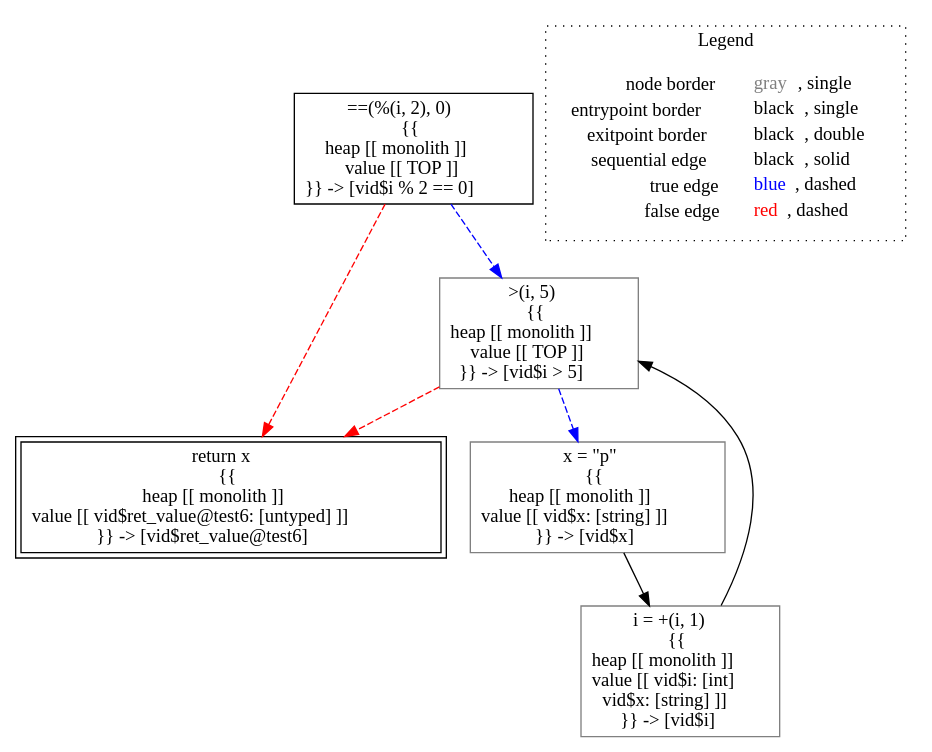
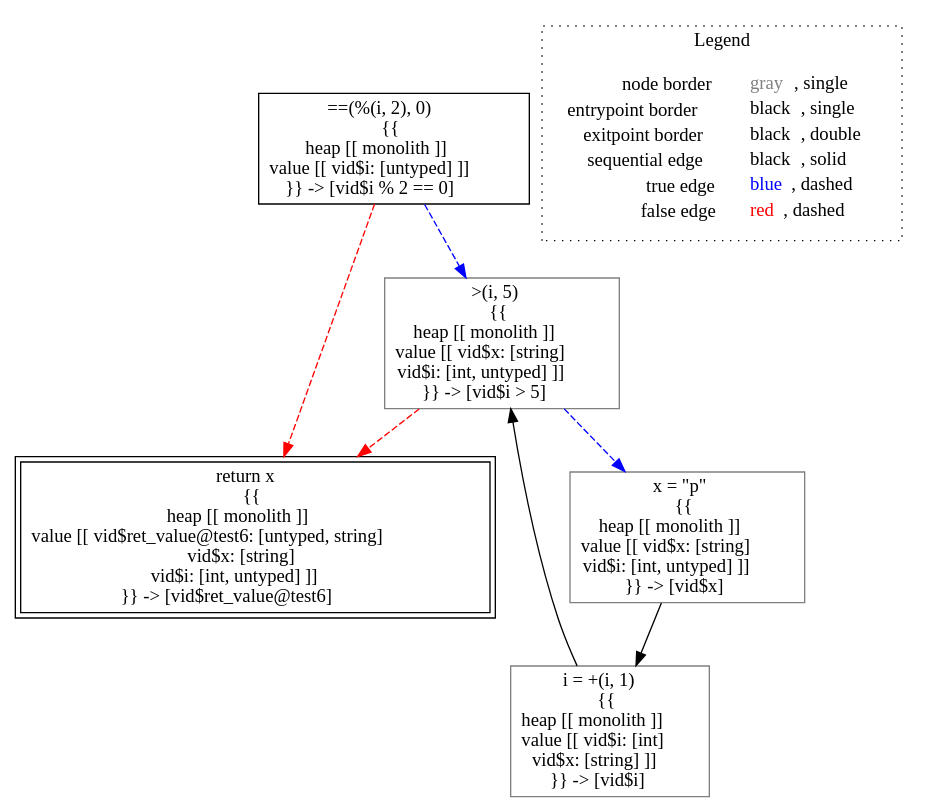
The diagram in lisa/imp-testcases/type-inference/typing___untyped_test6(untyped_i).dot (lisa-analyzer/lisa), drawn with Graphviz before and after one commit. The commit also changed 18 other files, not shown here.

First line of the commit message:
PushAny for expressions creating top value

```diff
--- a/lisa/imp-testcases/type-inference/typing___untyped_test6(untyped_i).dot
+++ b/lisa/imp-testcases/type-inference/typing___untyped_test6(untyped_i).dot
@@ -1,20 +1,20 @@
 digraph {
-	"node0" [shape="rect",color="black",label=<==(%(i, 2), 0)<BR/>{{<BR/>heap [[ monolith ]]<BR/>value [[ TOP ]]<BR/>}} -&gt; [vid$i % 2 == 0]>];
-	"node1" [shape="rect",color="black",peripheries="2",label=<return x<BR/>{{<BR/>heap [[ monolith ]]<BR/>value [[ vid$ret_value@test6: [untyped] ]]<BR/>}} -&gt; [vid$ret_value@test6]>];
-	"node2" [shape="rect",color="gray",label=<&gt;(i, 5)<BR/>{{<BR/>heap [[ monolith ]]<BR/>value [[ TOP ]]<BR/>}} -&gt; [vid$i &gt; 5]>];
-	"node3" [shape="rect",color="gray",label=<x = &quot;p&quot;<BR/>{{<BR/>heap [[ monolith ]]<BR/>value [[ vid$x: [string] ]]<BR/>}} -&gt; [vid$x]>];
-	"node4" [shape="rect",color="gray",label=<i = +(i, 1)<BR/>{{<BR/>heap [[ monolith ]]<BR/>value [[ vid$i: [int]<BR/>vid$x: [string] ]]<BR/>}} -&gt; [vid$i]>];
+	"node0" [shape="rect",color="black",label=<==(%(i, 2), 0)<BR/>{{<BR/>heap [[ monolith ]]<BR/>value [[ vid$i: [untyped] ]]<BR/>}} -&gt; [vid$i % 2 == 0]>];
+	"node1" [shape="rect",color="black",peripheries="2",label=<return x<BR/>{{<BR/>heap [[ monolith ]]<BR/>value [[ vid$ret_value@test6: [untyped, string]<BR/>vid$x: [string]<BR/>vid$i: [int, untyped] ]]<BR/>}} -&gt; [vid$ret_value@test6]>];
+	"node2" [shape="rect",color="gray",label=<x = &quot;p&quot;<BR/>{{<BR/>heap [[ monolith ]]<BR/>value [[ vid$x: [string]<BR/>vid$i: [int, untyped] ]]<BR/>}} -&gt; [vid$x]>];
+	"node3" [shape="rect",color="gray",label=<i = +(i, 1)<BR/>{{<BR/>heap [[ monolith ]]<BR/>value [[ vid$i: [int]<BR/>vid$x: [string] ]]<BR/>}} -&gt; [vid$i]>];
+	"node4" [shape="rect",color="gray",label=<&gt;(i, 5)<BR/>{{<BR/>heap [[ monolith ]]<BR/>value [[ vid$x: [string]<BR/>vid$i: [int, untyped] ]]<BR/>}} -&gt; [vid$i &gt; 5]>];
+	"node2" -> "node3" [color="black"];
+	"node3" -> "node4" [color="black"];
+	"node4" -> "node1" [color="red",style="dashed"];
+	"node4" -> "node2" [color="blue",style="dashed"];
 	"node0" -> "node1" [color="red",style="dashed"];
-	"node0" -> "node2" [color="blue",style="dashed"];
-	"node2" -> "node1" [color="red",style="dashed"];
-	"node2" -> "node3" [color="blue",style="dashed"];
-	"node3" -> "node4" [color="black"];
-	"node4" -> "node2" [color="black"];
+	"node0" -> "node4" [color="blue",style="dashed"];
 subgraph cluster_legend {
 	label="Legend";
 	style=dotted;
 	node [shape=plaintext];
 	"legend" [label=<<table border="0" cellpadding="2" cellspacing="0" cellborder="0"><tr><td align="right">node border&nbsp;</td><td align="left"><font color="gray">gray</font>, single</td></tr><tr><td align="right">entrypoint border&nbsp;</td><td align="left"><font color="black">black</font>, single</td></tr><tr><td align="right">exitpoint border&nbsp;</td><td align="left"><font color="black">black</font>, double</td></tr><tr><td align="right">sequential edge&nbsp;</td><td align="left"><font color="black">black</font>, solid</td></tr><tr><td align="right">true edge&nbsp;</td><td align="left"><font color="blue">blue</font>, dashed</td></tr><tr><td align="right">false edge&nbsp;</td><td align="left"><font color="red">red</font>, dashed</td></tr></table>>];
 }
 
 }
```
